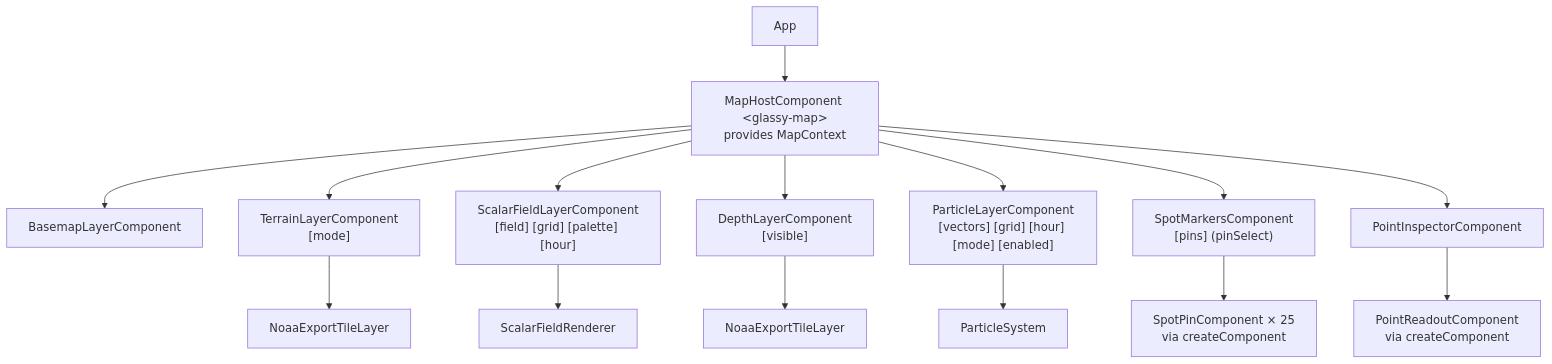
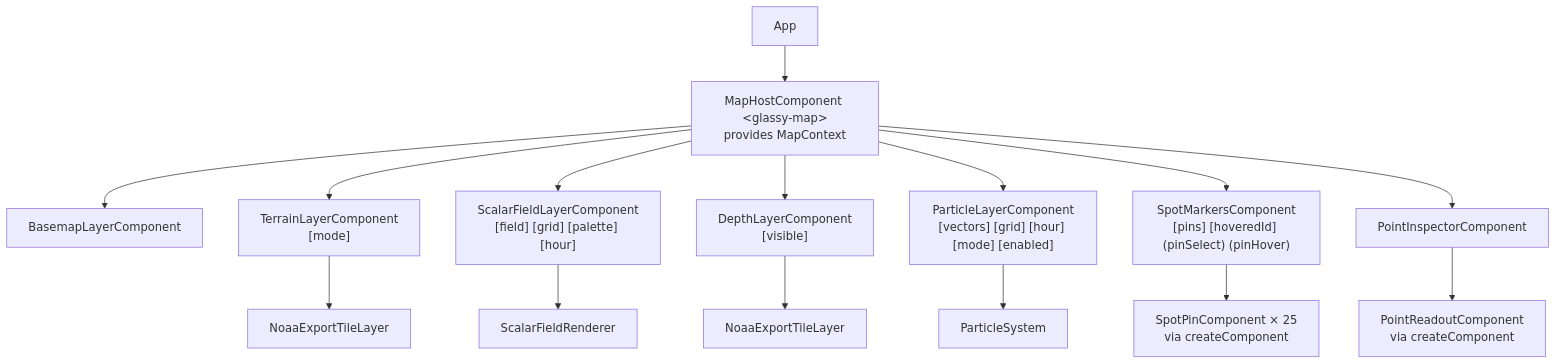
Before and after one commit to jamesablue/glassy: the diagram in src/app/map/README.md, drawn with Mermaid. The commit also changed other lines of this file and 5 other files, not shown here.

First line of the commit message:
feat(map): highlight a pin from its ranking row and report pin hover

````diff
--- a/src/app/map/README.md
+++ b/src/app/map/README.md
@@ -16,17 +16,17 @@
 ```mermaid
 graph TD
   app[App] --> host["MapHostComponent &lt;glassy-map&gt;<br/>provides MapContext"]
   host --> basemap[BasemapLayerComponent]
   host --> terrain["TerrainLayerComponent<br/>[mode]"]
   host --> field["ScalarFieldLayerComponent<br/>[field] [grid] [palette] [hour]"]
   host --> depth["DepthLayerComponent<br/>[visible]"]
   host --> particles["ParticleLayerComponent<br/>[vectors] [grid] [hour] [mode] [enabled]"]
-  host --> markers["SpotMarkersComponent<br/>[pins] (pinSelect)"]
+  host --> markers["SpotMarkersComponent<br/>[pins] [hoveredId] (pinSelect) (pinHover)"]
   host --> inspector[PointInspectorComponent]
   terrain --> noaa1[NoaaExportTileLayer]
   depth --> noaa2[NoaaExportTileLayer]
   field --> fieldRenderer[ScalarFieldRenderer]
   particles --> particleSystem[ParticleSystem]
   markers --> pin["SpotPinComponent × 25<br/>via createComponent"]
   inspector --> readout["PointReadoutComponent<br/>via createComponent"]
 ```
````
